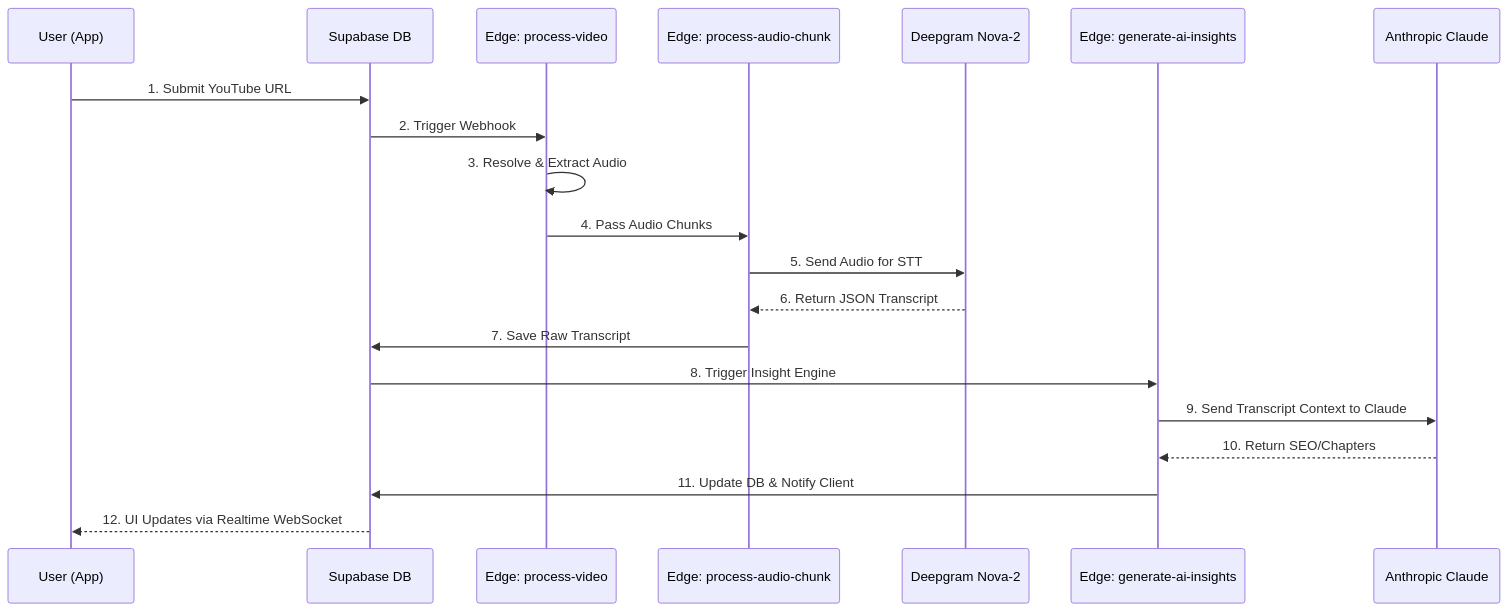
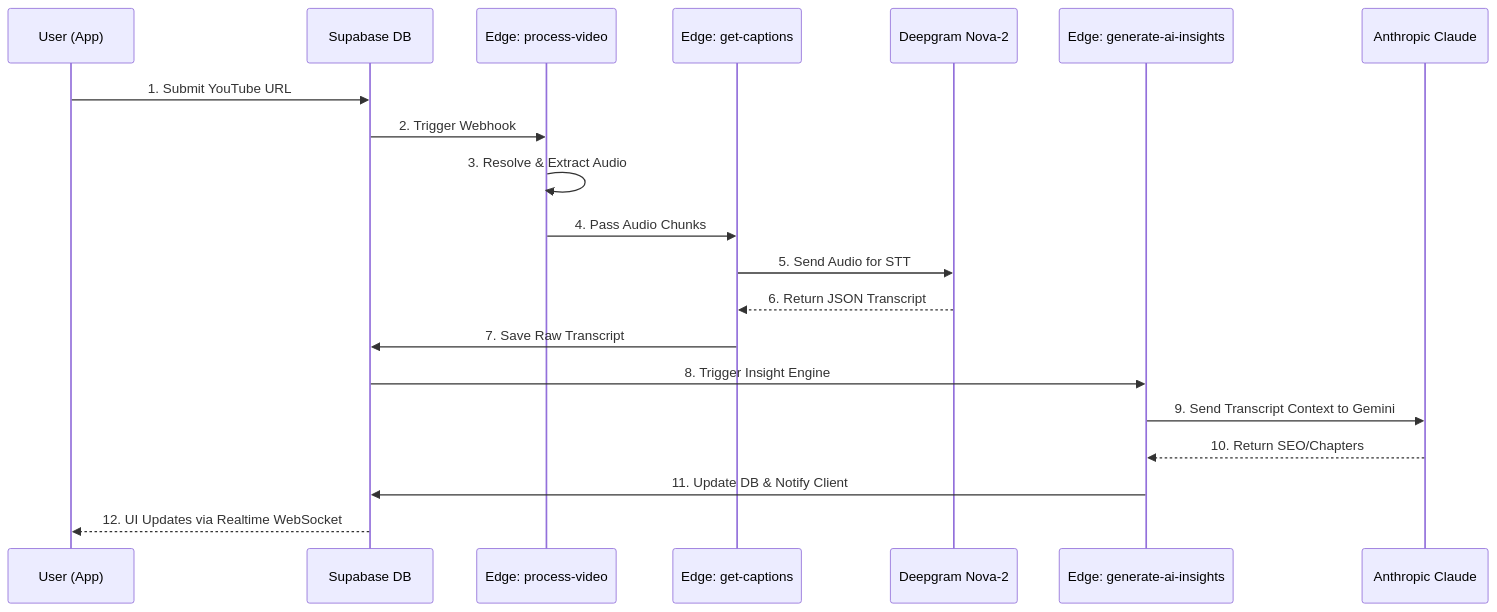
One commit to AlexBuildsLTS/VeraxAI changed the diagram in README.md. Above: the diagram before and after it, drawn with Mermaid. The commit also changed other lines of this file, not shown here.

Commit message:
Revise TranscriberPro description and processing details
Updated project description and technical details in README.md.

````diff
--- a/README.md
+++ b/README.md
@@ -36,23 +36,23 @@
 ```mermaid
 sequenceDiagram
     participant U as User (App)
     participant S as Supabase DB
     participant E1 as Edge: process-video
-    participant E2 as Edge: process-audio-chunk
+    participant E2 as Edge: get-captions
     participant D as Deepgram Nova-2
     participant E3 as Edge: generate-ai-insights
     participant C as Anthropic Claude
 
     U->>S: 1. Submit YouTube URL
     S->>E1: 2. Trigger Webhook
     E1->>E1: 3. Resolve & Extract Audio
     E1->>E2: 4. Pass Audio Chunks
     E2->>D: 5. Send Audio for STT
     D-->>E2: 6. Return JSON Transcript
     E2->>S: 7. Save Raw Transcript
     S->>E3: 8. Trigger Insight Engine
-    E3->>C: 9. Send Transcript Context to Claude
+    E3->>C: 9. Send Transcript Context to Gemini
     C-->>E3: 10. Return SEO/Chapters
     E3->>S: 11. Update DB & Notify Client
     S-->>U: 12. UI Updates via Realtime WebSocket
 ```
````
